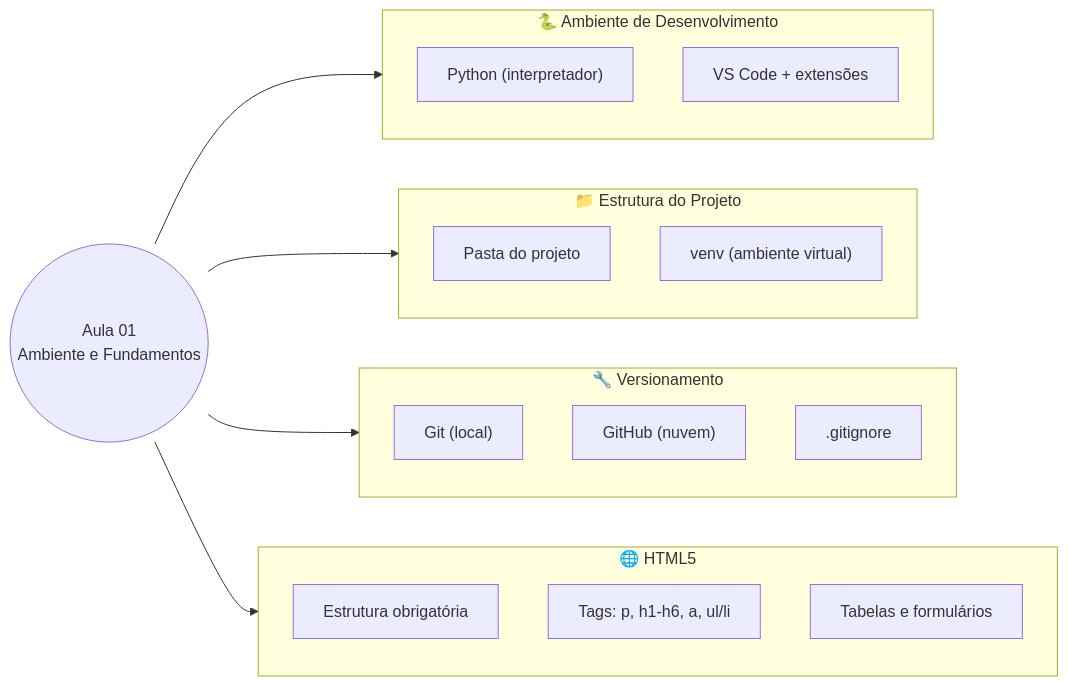
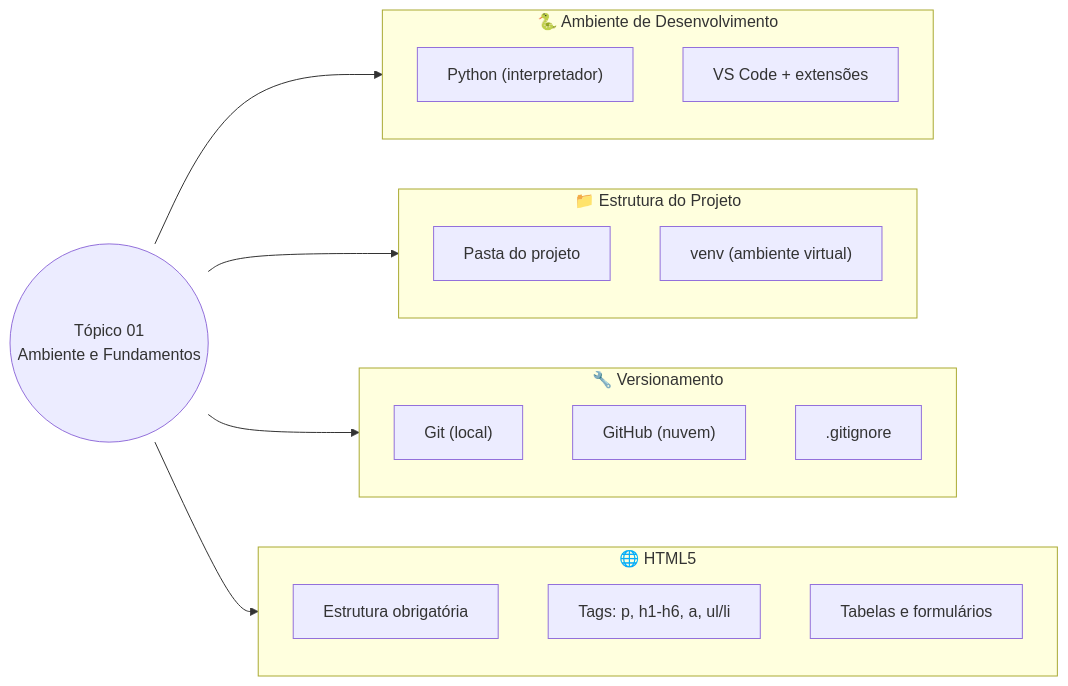
The diagram in docs/aulas/Aula_01_Introducao_Git_HTML5.md (GTI-Fatec-Jahu/PI-GTI-2026-2), drawn with Mermaid before and after one commit. The commit also changed other lines of this file and 15 other files, not shown here.

First line of the commit message:
Troca 'aula' por 'tópico' nas interfaces dos alunos (arquivos mantidos)

````diff
--- a/docs/aulas/Aula_01_Introducao_Git_HTML5.md
+++ b/docs/aulas/Aula_01_Introducao_Git_HTML5.md
@@ -29,34 +29,34 @@
 ```mermaid
 flowchart LR
-    ROOT(("Aula 01<br/>Ambiente e Fundamentos"))
+    ROOT(("Tópico 01<br/>Ambiente e Fundamentos"))
 
     ROOT --> AMB
     subgraph AMB["🐍 Ambiente de Desenvolvimento"]
         direction TB
         AMB1["Python (interpretador)"]
         AMB2["VS Code + extensões"]
     end
 
     ROOT --> PROJ
     subgraph PROJ["📁 Estrutura do Projeto"]
         direction TB
         PROJ1["Pasta do projeto"]
         PROJ2["venv (ambiente virtual)"]
     end
 
     ROOT --> GIT
     subgraph GIT["🔧 Versionamento"]
         direction TB
         GIT1["Git (local)"]
         GIT2["GitHub (nuvem)"]
         GIT3[".gitignore"]
     end
 
     ROOT --> HTML
     subgraph HTML["🌐 HTML5"]
         direction TB
         HTML1["Estrutura obrigatória"]
         HTML2["Tags: p, h1-h6, a, ul/li"]
         HTML3["Tabelas e formulários"]
     end
 ```
````
